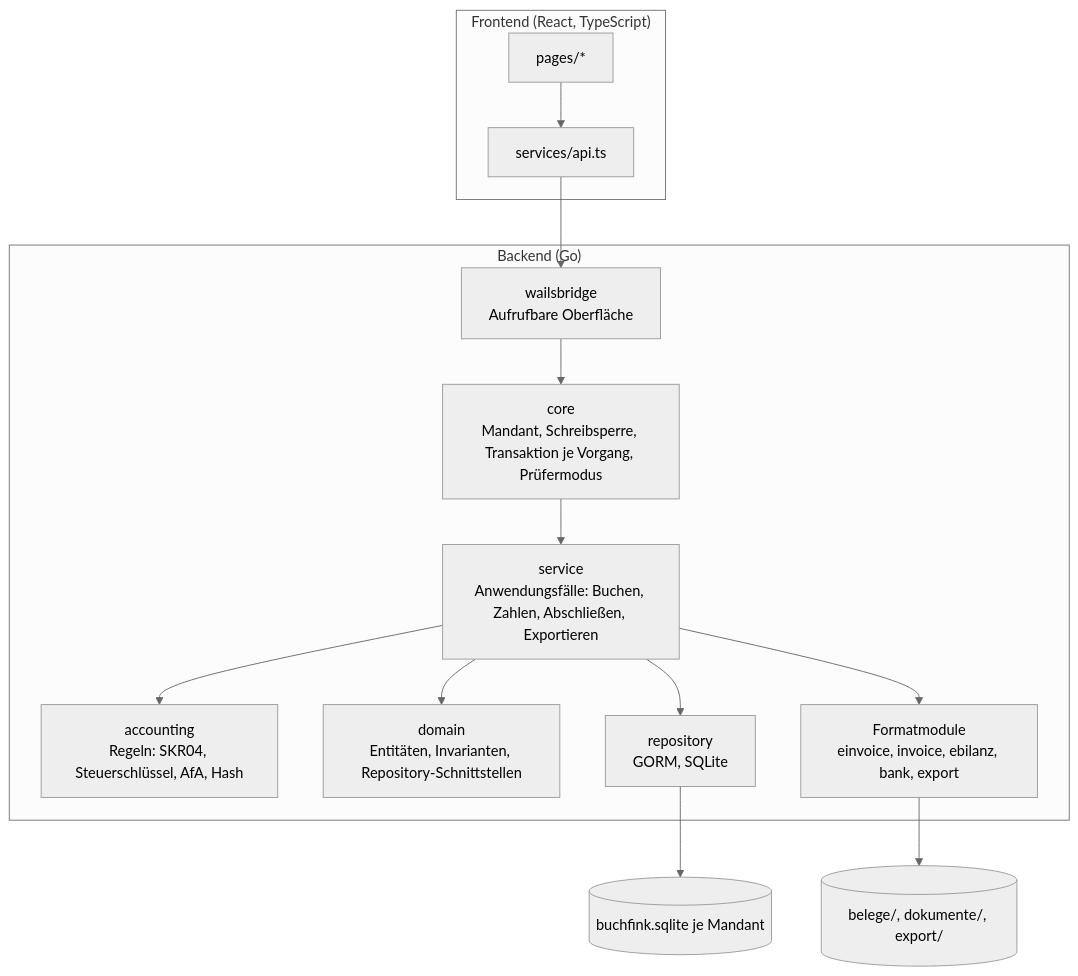
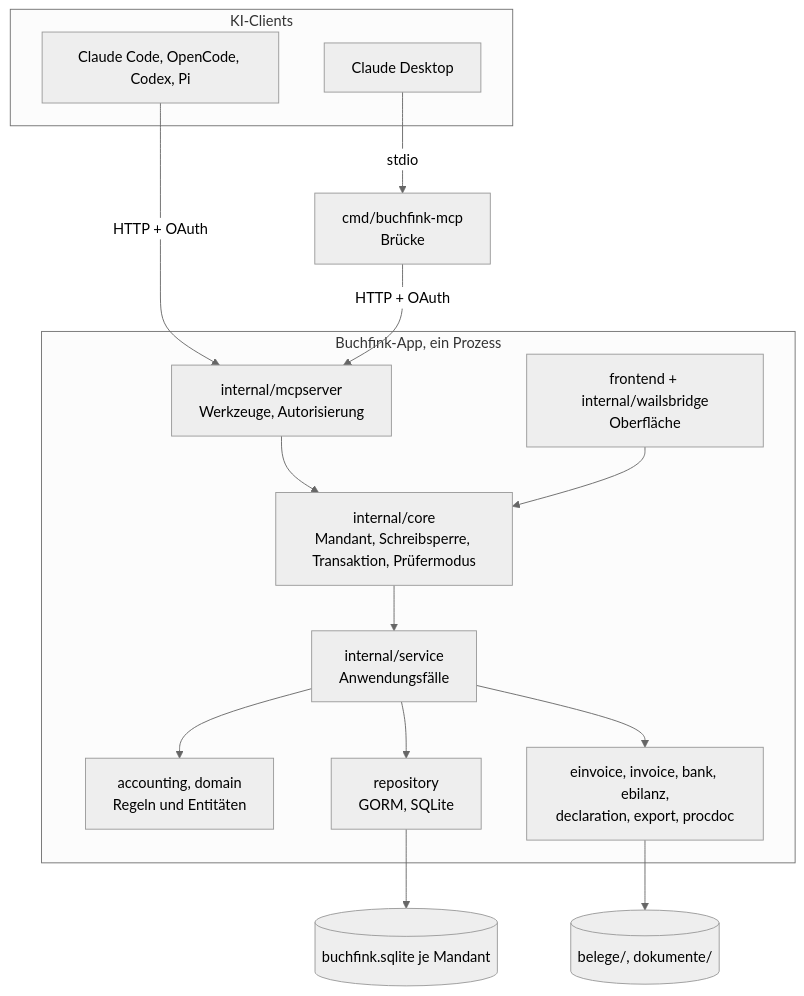
Before and after one commit to mxzinke/buchfink: the first of 2 diagrams in docs/entwicklung/architektur.md, drawn with Mermaid (neutral theme). The commit also changed other lines of this file and 6 other files, not shown here.

````diff
--- a/docs/entwicklung/architektur.md
+++ b/docs/entwicklung/architektur.md
@@ -84,17 +25,23 @@
 ```mermaid
 flowchart TB
-    subgraph Frontend["Frontend (React, TypeScript)"]
-        P["pages/*"] --> API["services/api.ts"]
+    subgraph Clients["KI-Clients"]
+        CC["Claude Code, OpenCode, Codex, Pi"]
+        CD["Claude Desktop"]
     end
-    API --> BR["wailsbridge<br/>Aufrufbare Oberfläche"]
-    subgraph Backend["Backend (Go)"]
-        BR --> CORE["core<br/>Mandant, Schreibsperre, Transaktion je Vorgang, Prüfermodus"]
-        CORE --> SVC["service<br/>Anwendungsfälle: Buchen, Zahlen, Abschließen, Exportieren"]
-        SVC --> ACC["accounting<br/>Regeln: SKR04, Steuerschlüssel, AfA, Hash"]
-        SVC --> DOM["domain<br/>Entitäten, Invarianten, Repository-Schnittstellen"]
+    CD -- stdio --> BR["cmd/buchfink-mcp<br/>Brücke"]
+    CC -- "HTTP + OAuth" --> MCP
+    BR -- "HTTP + OAuth" --> MCP
+    subgraph App["Buchfink-App, ein Prozess"]
+        MCP["internal/mcpserver<br/>Werkzeuge, Autorisierung"]
+        UI["frontend + internal/wailsbridge<br/>Oberfläche"]
+        MCP --> CORE
+        UI --> CORE
+        CORE["internal/core<br/>Mandant, Schreibsperre, Transaktion, Prüfermodus"]
+        CORE --> SVC["internal/service<br/>Anwendungsfälle"]
+        SVC --> ACC["accounting, domain<br/>Regeln und Entitäten"]
         SVC --> REP["repository<br/>GORM, SQLite"]
-        SVC --> FMT["Formatmodule<br/>einvoice, invoice, ebilanz, bank, export"]
+        SVC --> FMT["einvoice, invoice, bank, ebilanz,<br/>declaration, export, procdoc"]
     end
     REP --> DB[("buchfink.sqlite je Mandant")]
-    FMT --> FS[("belege/, dokumente/, export/")]
+    FMT --> FS[("belege/, dokumente/")]
 ```
````
